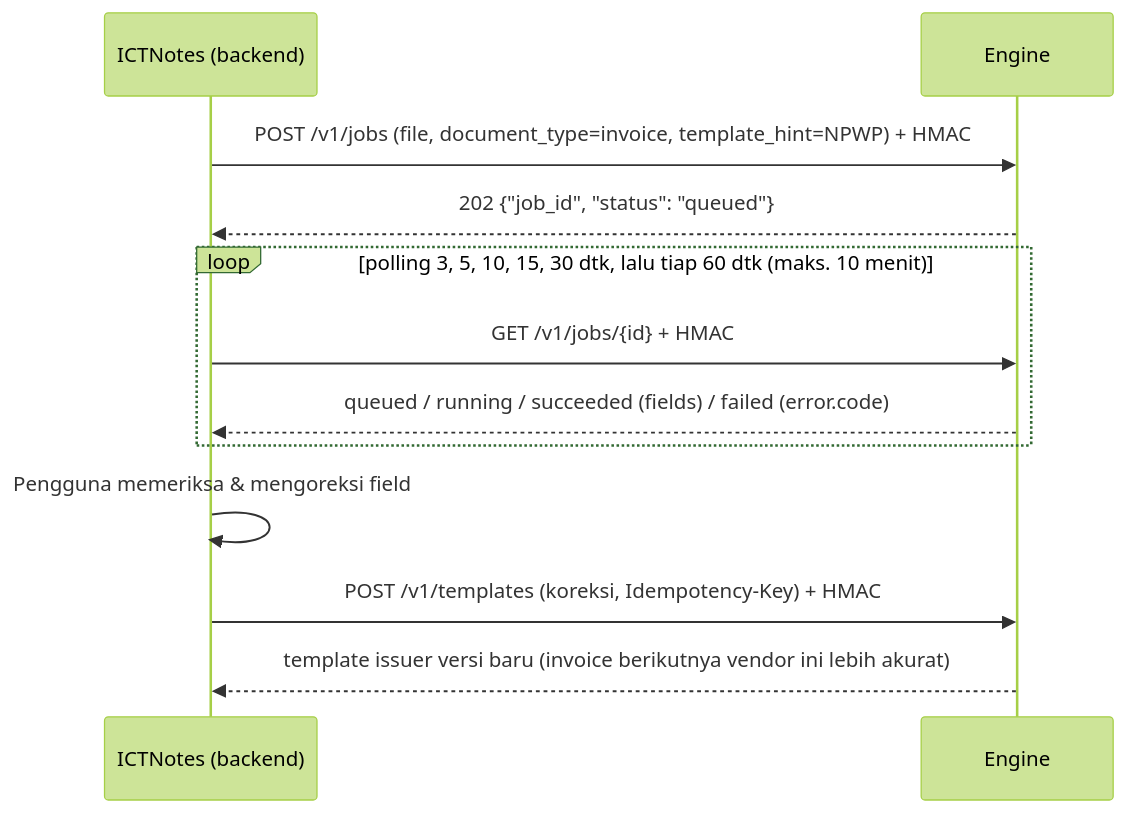
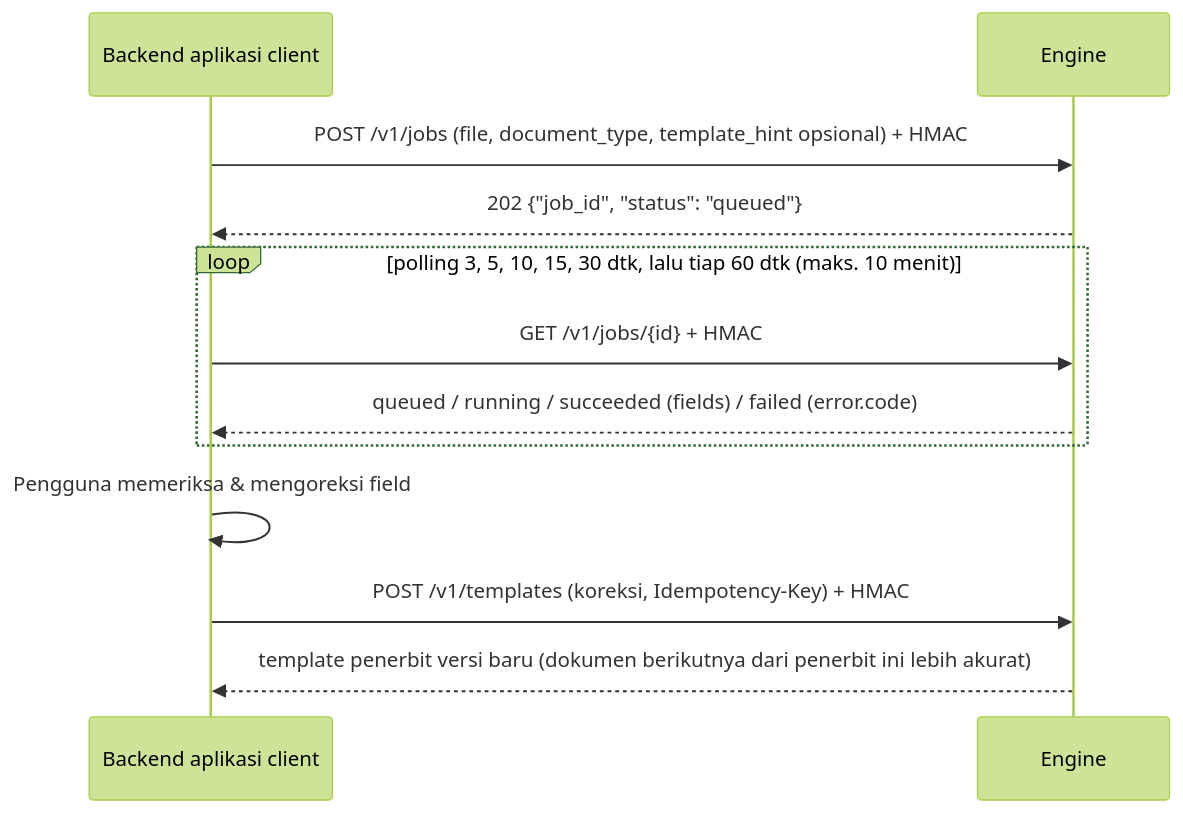
Before and after one commit to anas-fikri/ocr-engine: the third of 3 diagrams in docs/integration-guide.md, drawn with Mermaid (forest theme). The commit also changed other lines of this file and 17 other files, not shown here.

````diff
--- a/docs/integration-guide.md
+++ b/docs/integration-guide.md
@@ -998,14 +1001,14 @@
 ```mermaid
 sequenceDiagram
-    participant App as ICTNotes (backend)
+    participant App as Backend aplikasi client
     participant E as Engine
-    App->>E: POST /v1/jobs (file, document_type=invoice, template_hint=NPWP) + HMAC
+    App->>E: POST /v1/jobs (file, document_type, template_hint opsional) + HMAC
     E-->>App: 202 {"job_id", "status": "queued"}
     loop polling 3, 5, 10, 15, 30 dtk, lalu tiap 60 dtk (maks. 10 menit)
         App->>E: GET /v1/jobs/{id} + HMAC
         E-->>App: queued / running / succeeded (fields) / failed (error.code)
     end
     App->>App: Pengguna memeriksa & mengoreksi field
     App->>E: POST /v1/templates (koreksi, Idempotency-Key) + HMAC
-    E-->>App: template issuer versi baru (invoice berikutnya vendor ini lebih akurat)
+    E-->>App: template penerbit versi baru (dokumen berikutnya dari penerbit ini lebih akurat)
 ```
````
